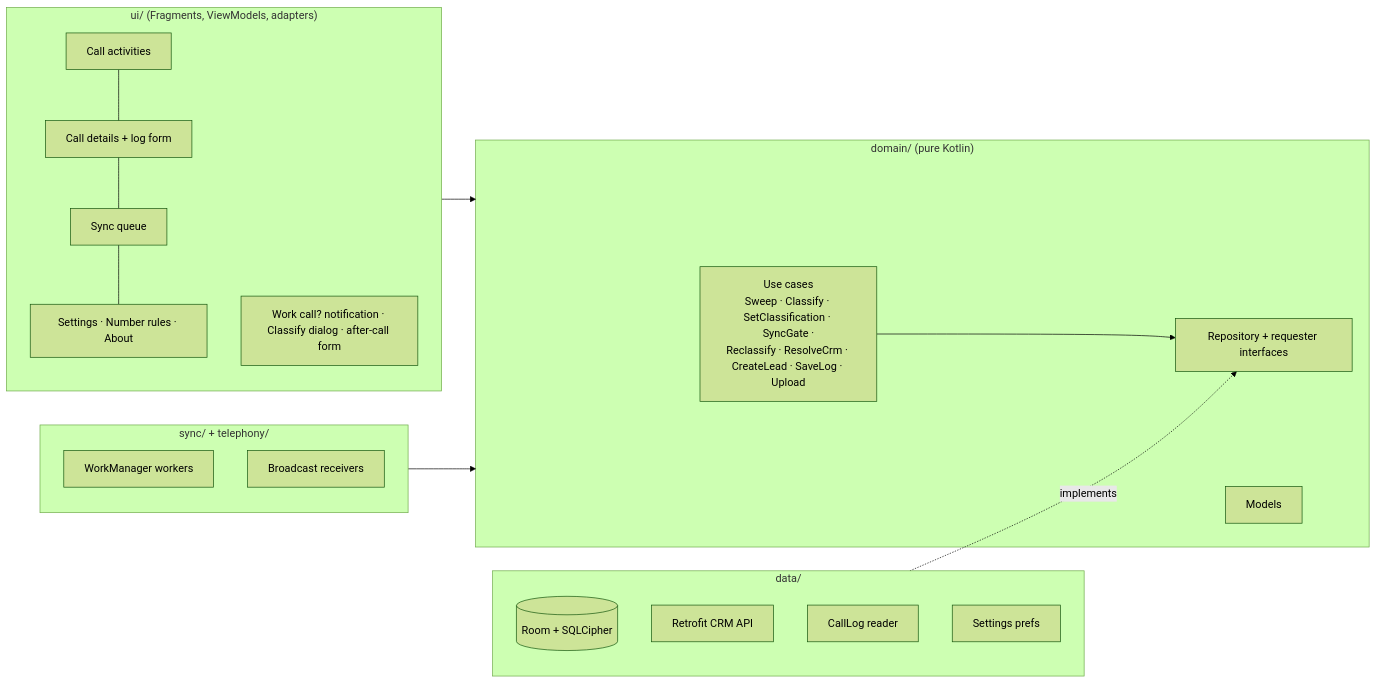
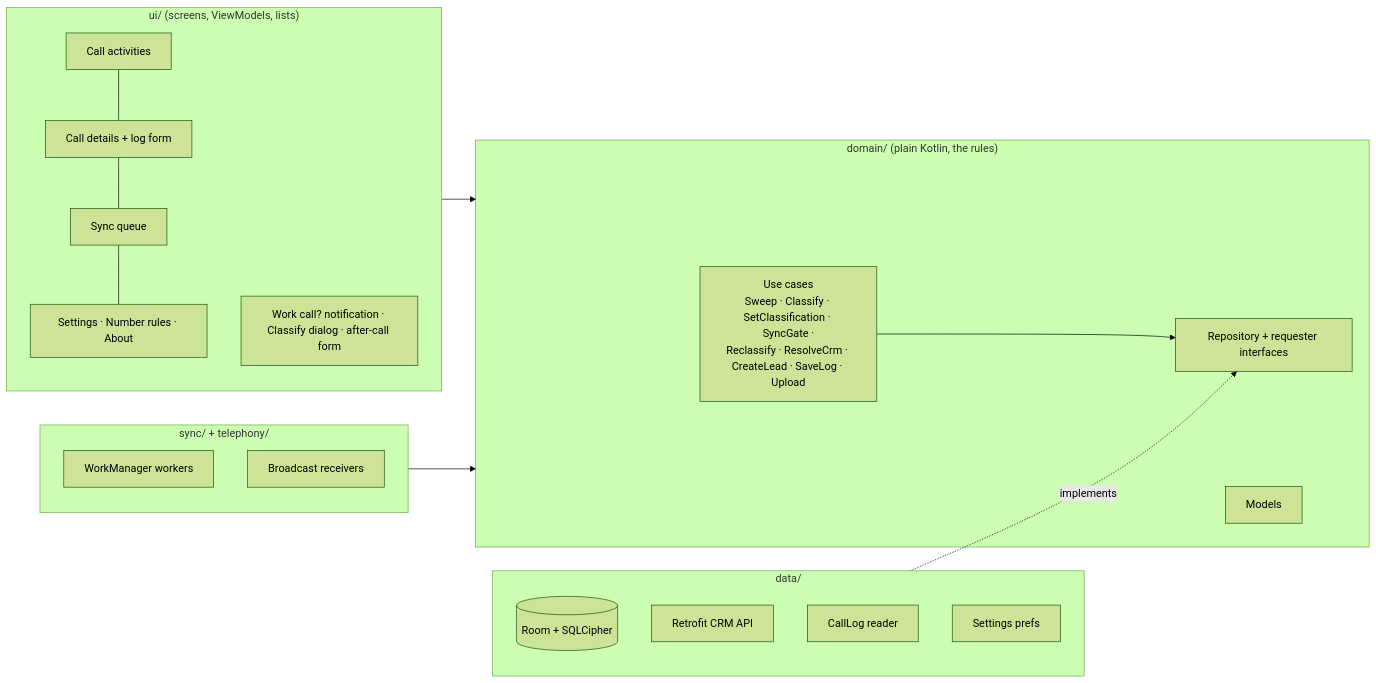
The first of 3 diagrams in docs/ARCHITECTURE.md (jignyasa/calltracker), drawn with Mermaid (forest theme) before and after one commit. The commit also changed other lines of this file and 2 other files, not shown here.

First line of the commit message:
Docs in plain language; step-by-step test plan with reset steps

````diff
--- a/docs/ARCHITECTURE.md
+++ b/docs/ARCHITECTURE.md
@@ -9,26 +12,26 @@
 ```mermaid
 flowchart LR
-    subgraph UI["ui/  (Fragments, ViewModels, adapters)"]
+    subgraph UI["ui/  (screens, ViewModels, lists)"]
         L[Call activities] --- D[Call details + log form] --- Q[Sync queue] --- S[Settings · Number rules · About]
         N[Work call? notification · Classify dialog · after-call form]
     end
-    subgraph DOMAIN["domain/  (pure Kotlin)"]
+    subgraph DOMAIN["domain/  (plain Kotlin, the rules)"]
         UC[Use cases<br/>Sweep · Classify · SetClassification · SyncGate ·<br/>Reclassify · ResolveCrm · CreateLead · SaveLog · Upload]
         RI[Repository + requester interfaces]
         M[Models]
     end
     subgraph DATA["data/"]
         ROOM[(Room + SQLCipher)]
         API[Retrofit CRM API]
         CL[CallLog reader]
         PREF[Settings prefs]
     end
     subgraph BG["sync/ + telephony/"]
         W[WorkManager workers]
         RX[Broadcast receivers]
     end
     UI --> DOMAIN
     BG --> DOMAIN
     DATA -. implements .-> RI
     UC --> RI
 ```
````
